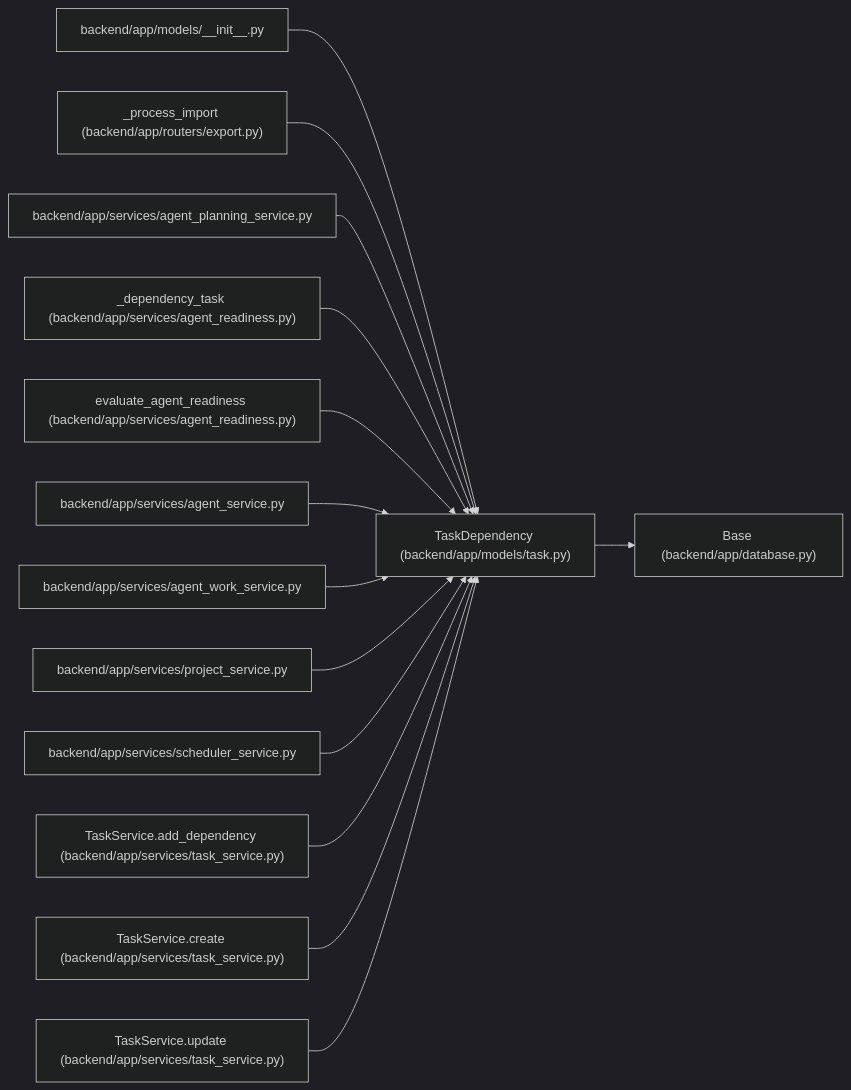
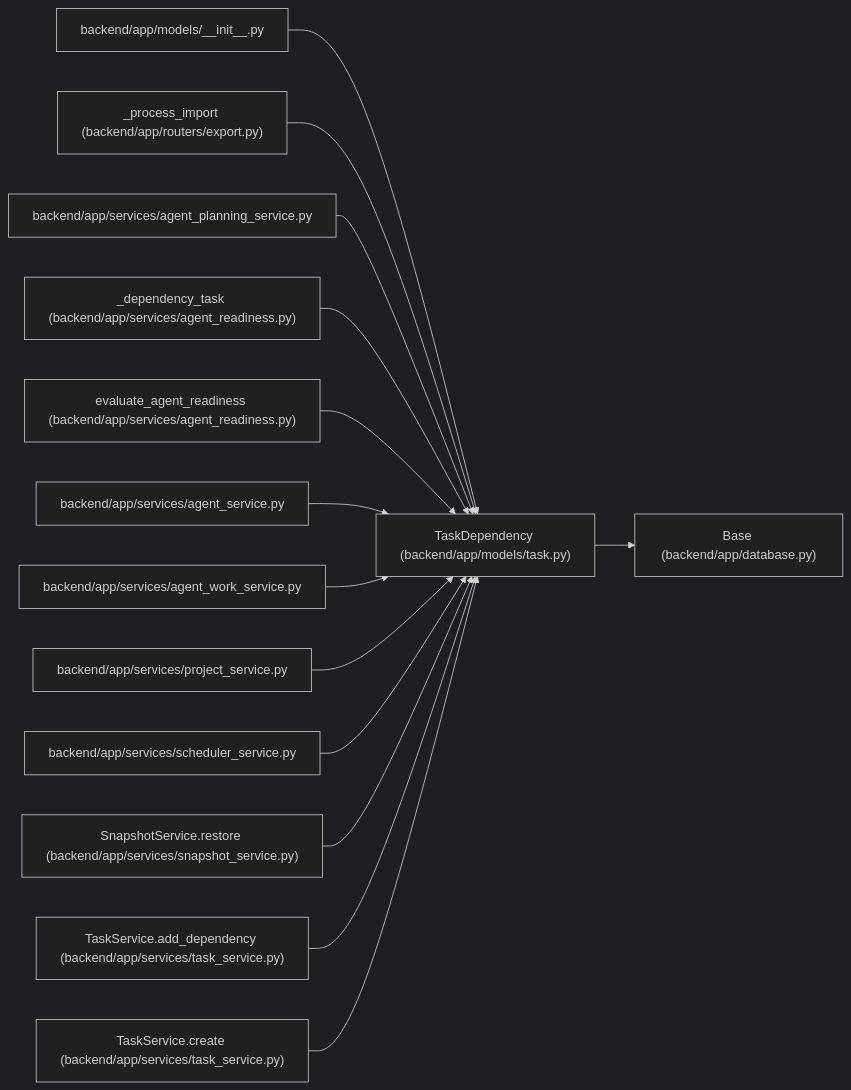
The diagram in docs/llm_wiki/entities/TaskDependency.md (Denissvgn/WorkChord), drawn with Mermaid (dark theme) before and after one commit. The commit also changed other lines of this file and 958 other files, not shown here.

First line of the commit message:
docs(wiki): refresh identity and recovery architecture

````diff
--- a/docs/llm_wiki/entities/TaskDependency.md
+++ b/docs/llm_wiki/entities/TaskDependency.md
@@ -29,44 +29,44 @@
 ```mermaid
 flowchart LR
     n0["TaskDependency (backend/app/models/task.py)"]
     n1["Base (backend/app/database.py)"]
     n2["backend/app/models/__init__.py"]
     n3["_process_import (backend/app/routers/export.py)"]
     n4["backend/app/services/agent_planning_service.py"]
     n5["_dependency_task (backend/app/services/agent_readiness.py)"]
     n6["evaluate_agent_readiness (backend/app/services/agent_readiness.py)"]
     n7["backend/app/services/agent_service.py"]
     n8["backend/app/services/agent_work_service.py"]
     n9["backend/app/services/project_service.py"]
     n10["backend/app/services/scheduler_service.py"]
-    n11["TaskService.add_dependency (backend/app/services/task_service.py)"]
-    n12["TaskService.create (backend/app/services/task_service.py)"]
-    n13["TaskService.update (backend/app/services/task_service.py)"]
+    n11["SnapshotService.restore (backend/app/services/snapshot_service.py)"]
+    n12["TaskService.add_dependency (backend/app/services/task_service.py)"]
+    n13["TaskService.create (backend/app/services/task_service.py)"]
     n0 --> n1
     n2 --> n0
     n3 --> n0
     n4 --> n0
     n5 --> n0
     n6 --> n0
     n7 --> n0
     n8 --> n0
     n9 --> n0
     n10 --> n0
     n11 --> n0
     n12 --> n0
     n13 --> n0
     click n0 "../modules/models_task.md"
     click n1 "../modules/app_database.md"
     click n2 "../modules/models___init__.md"
     click n3 "../modules/export.md"
     click n4 "../modules/agent_planning_service.md"
     click n5 "../modules/agent_readiness.md"
     click n6 "../modules/agent_readiness.md"
     click n7 "../modules/agent_service.md"
     click n8 "../modules/agent_work_service.md"
     click n9 "../modules/project_service.md"
     click n10 "../modules/scheduler_service.md"
-    click n11 "../modules/task_service.md"
+    click n11 "../modules/snapshot_service.md"
     click n12 "../modules/task_service.md"
     click n13 "../modules/task_service.md"
 ```
````
